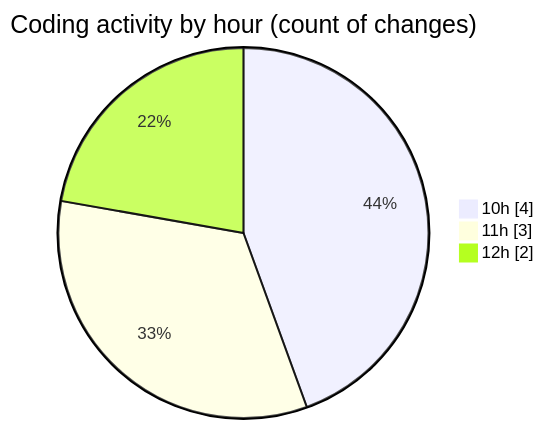
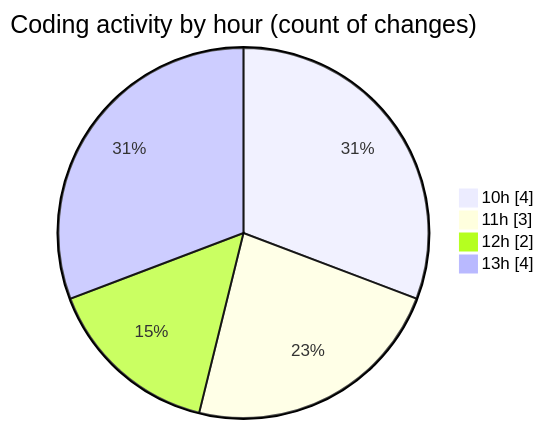
The second of 2 diagrams in 2026-08-21/nxtqube_webapp/README.md (nxtqubesakshisongat/code-tracking), drawn with Mermaid before and after one commit. The commit also changed other lines of this file and 1 other file, not shown here.

````diff
--- a/2026-08-21/nxtqube_webapp/README.md
+++ b/2026-08-21/nxtqube_webapp/README.md
@@ -34,7 +36,8 @@
 ```mermaid
 pie showData
 title Coding activity by hour (count of changes)
 "10h" : 4
 "11h" : 3
 "12h" : 2
+"13h" : 4
 ```
````
